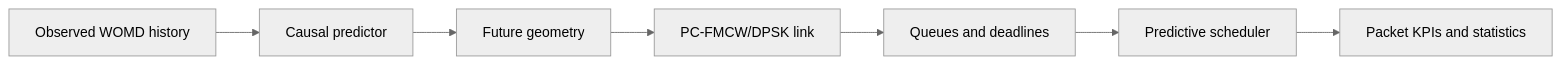
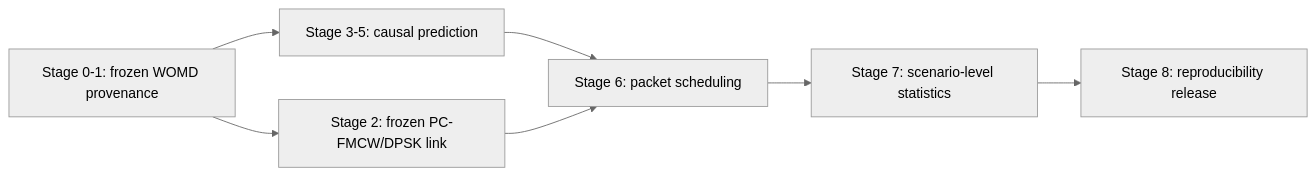
One commit to panagiotagrosdouli/idea changed the diagram in README.md. Above: the diagram before and after it, drawn with Mermaid (neutral theme). The commit also changed other lines of this file, not shown here.

Commit message:
Clarify stage-oriented repository architecture

````diff
--- a/README.md
+++ b/README.md
@@ -24,9 +24,9 @@
 ```mermaid
 flowchart LR
-    A["Observed WOMD history"] --> B["Causal predictor"]
-    B --> C["Future geometry"]
-    C --> D["PC-FMCW/DPSK link"]
-    D --> E["Queues and deadlines"]
-    E --> F["Predictive scheduler"]
-    F --> G["Packet KPIs and statistics"]
+    A["Stage 0-1: frozen WOMD provenance"] --> B["Stage 3-5: causal prediction"]
+    A --> C["Stage 2: frozen PC-FMCW/DPSK link"]
+    B --> D["Stage 6: packet scheduling"]
+    C --> D
+    D --> E["Stage 7: scenario-level statistics"]
+    E --> F["Stage 8: reproducibility release"]
 ```
````
